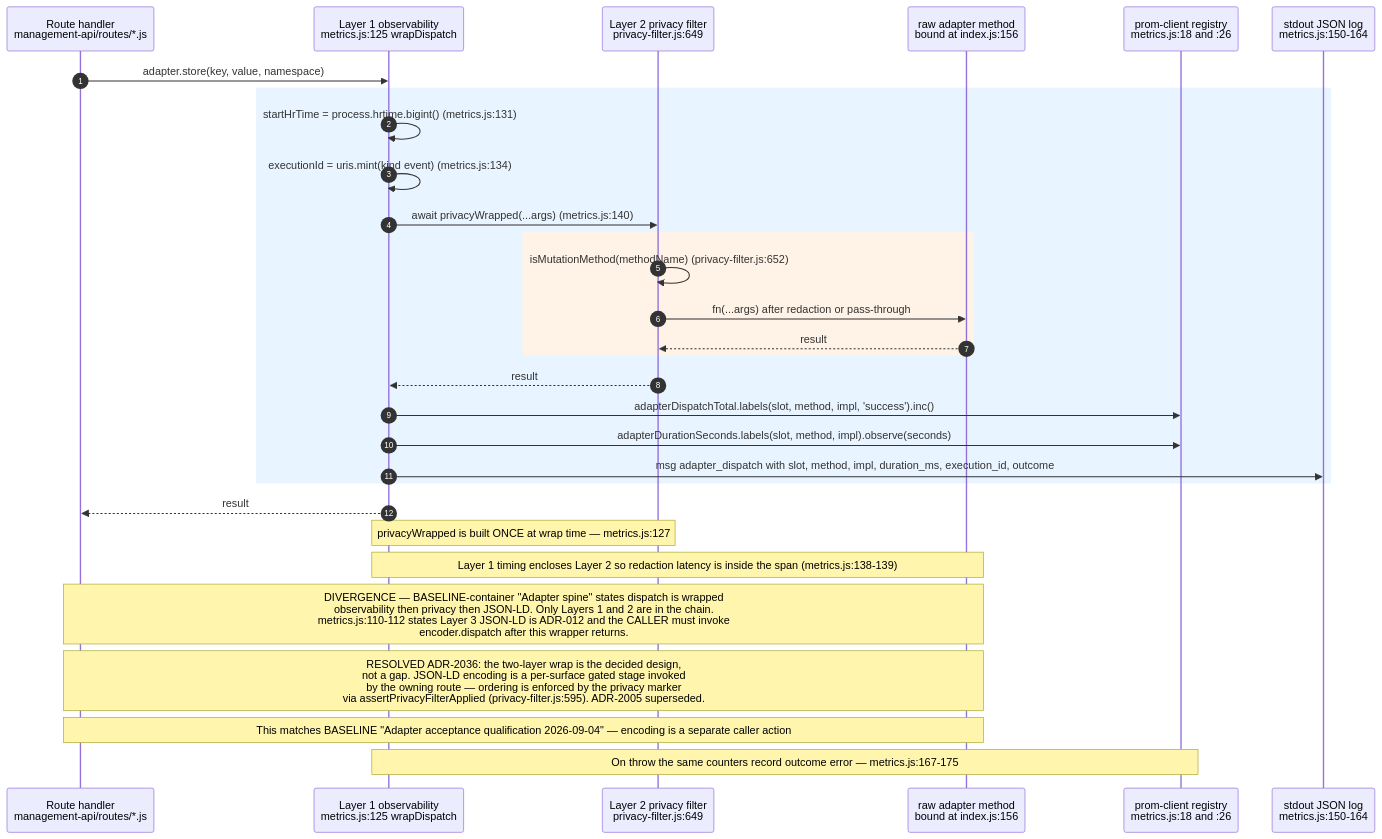
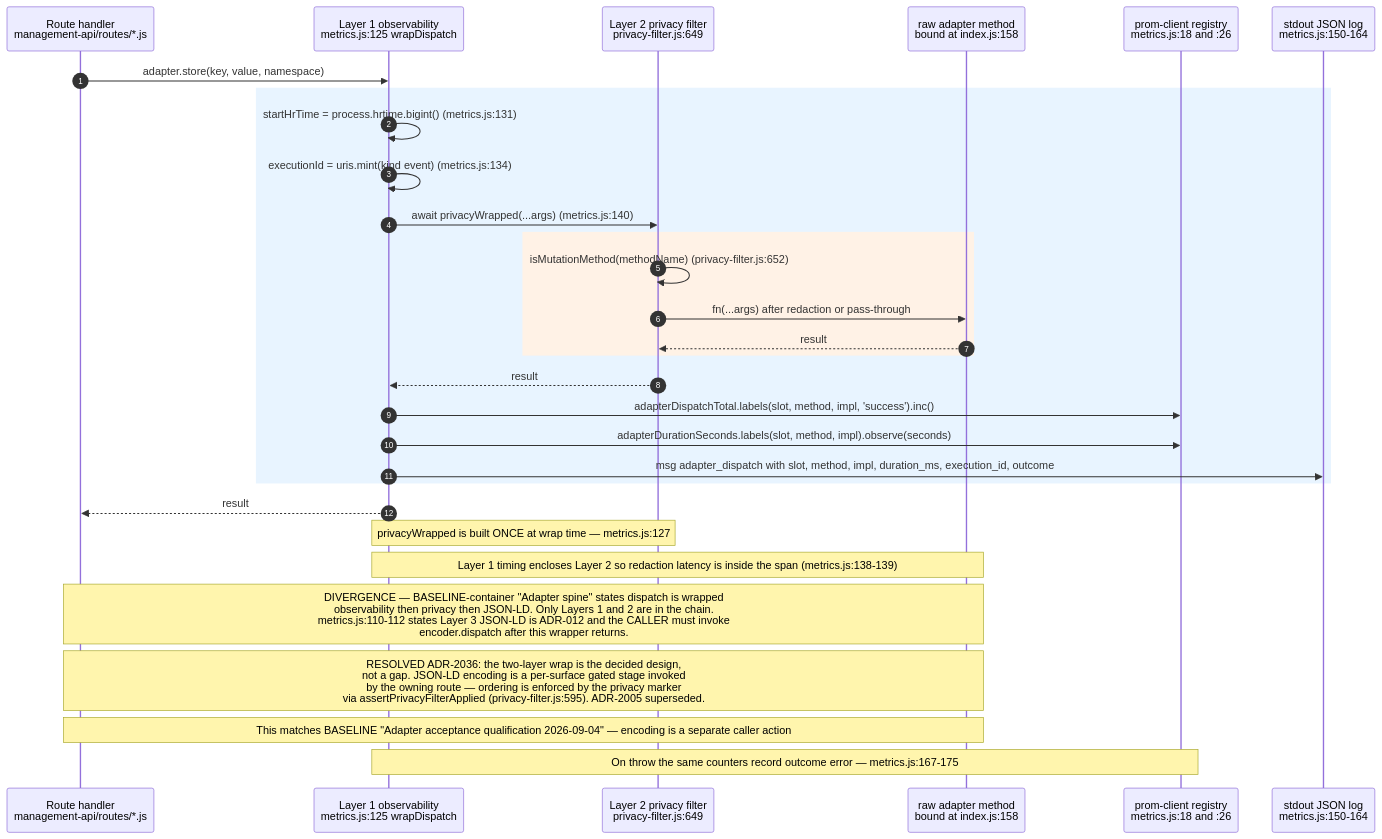
The fourth of 15 diagrams in docs/diagrams/agentbox/04-adapter-spine.md (DreamLab-AI/VisionFlow), drawn with Mermaid before and after one commit. The commit also changed other lines of this file and 111 other files, not shown here.

Commit message:
docs(diagrams): align estate maps with current source

````diff
--- a/docs/diagrams/agentbox/04-adapter-spine.md
+++ b/docs/diagrams/agentbox/04-adapter-spine.md
@@ -181,33 +181,33 @@
 ```mermaid
 sequenceDiagram
     autonumber
     participant C as Route handler<br/>management-api/routes/*.js
     participant L1 as Layer 1 observability<br/>metrics.js:125 wrapDispatch
     participant L2 as Layer 2 privacy filter<br/>privacy-filter.js:649
-    participant FN as raw adapter method<br/>bound at index.js:156
+    participant FN as raw adapter method<br/>bound at index.js:158
     participant PM as prom-client registry<br/>metrics.js:18 and :26
     participant LOG as stdout JSON log<br/>metrics.js:150-164
 
     C->>L1: adapter.store(key, value, namespace)
     rect rgb(232, 244, 255)
         L1->>L1: startHrTime = process.hrtime.bigint() (metrics.js:131)
         L1->>L1: executionId = uris.mint(kind event) (metrics.js:134)
         L1->>L2: await privacyWrapped(...args) (metrics.js:140)
         rect rgb(255, 242, 230)
             L2->>L2: isMutationMethod(methodName) (privacy-filter.js:652)
             L2->>FN: fn(...args) after redaction or pass-through
             FN-->>L2: result
         end
         L2-->>L1: result
         L1->>PM: adapterDispatchTotal.labels(slot, method, impl, 'success').inc()
         L1->>PM: adapterDurationSeconds.labels(slot, method, impl).observe(seconds)
         L1->>LOG: msg adapter_dispatch with slot, method, impl, duration_ms, execution_id, outcome
     end
     L1-->>C: result
     Note over L1,L2: privacyWrapped is built ONCE at wrap time — metrics.js:127
     Note over L1,FN: Layer 1 timing encloses Layer 2 so redaction latency is inside the span (metrics.js:138-139)
     Note over C,FN: DIVERGENCE — BASELINE-container "Adapter spine" states dispatch is wrapped<br/>observability then privacy then JSON-LD. Only Layers 1 and 2 are in the chain.<br/>metrics.js:110-112 states Layer 3 JSON-LD is ADR-012 and the CALLER must invoke<br/>encoder.dispatch after this wrapper returns.
     Note over C,FN: RESOLVED ADR-2036: the two-layer wrap is the decided design,<br/>not a gap. JSON-LD encoding is a per-surface gated stage invoked<br/>by the owning route — ordering is enforced by the privacy marker<br/>via assertPrivacyFilterApplied (privacy-filter.js:595). ADR-2005 superseded.
     Note over C,FN: This matches BASELINE "Adapter acceptance qualification 2026-09-04" — encoding is a separate caller action
     Note over L1,PM: On throw the same counters record outcome error — metrics.js:167-175
 ```
````
